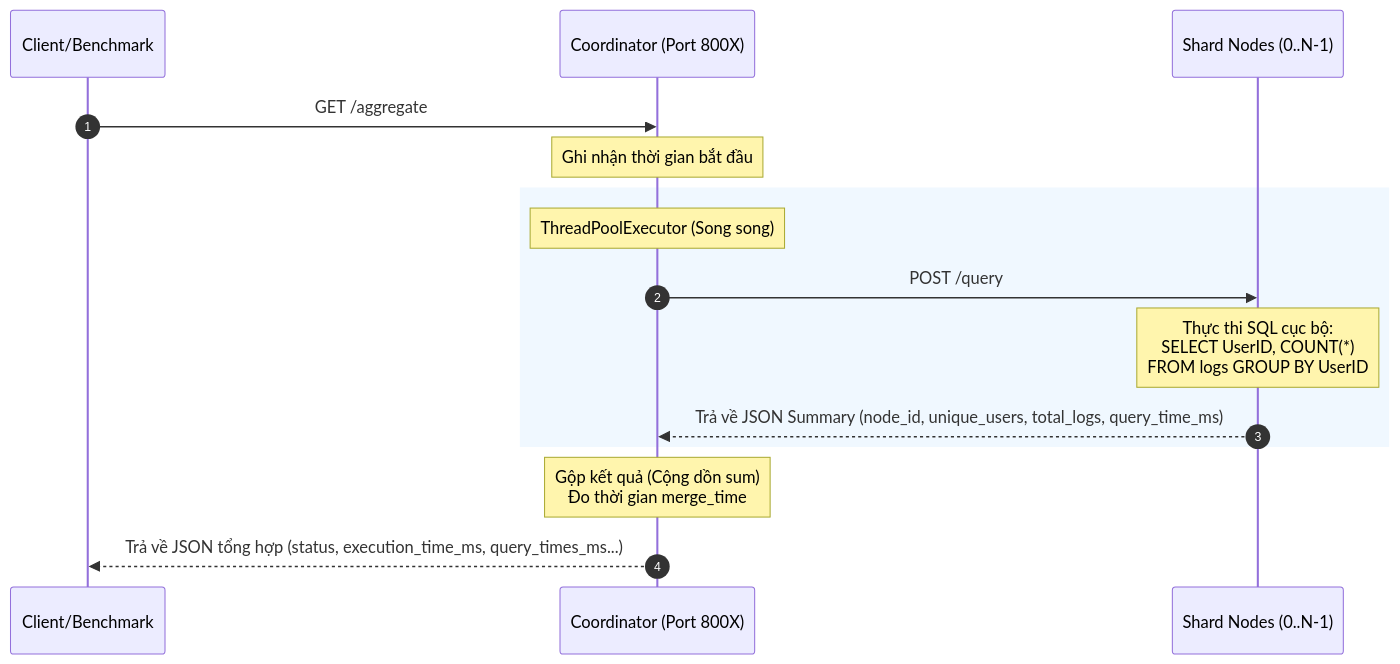
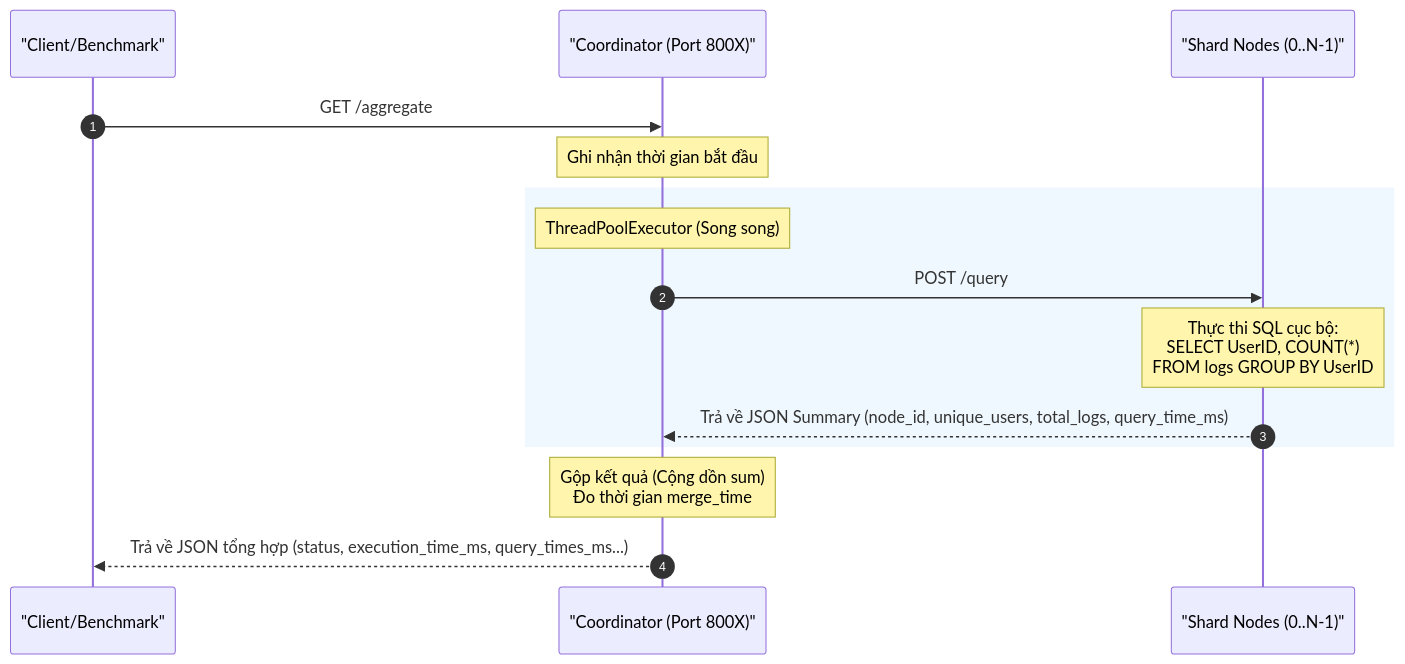
One commit to TuIT-198/Distributed-Database changed the second of 2 diagrams in README.md. Above: the diagram before and after it, drawn with Mermaid. The commit also changed other lines of this file, not shown here.

Commit message:
docs: fix mermaid syntax rendering error in README.md

````diff
--- a/README.md
+++ b/README.md
@@ -83,18 +83,18 @@
 ```mermaid
 sequenceDiagram
     autonumber
-    participant Client as Client/Benchmark
-    participant Coord as Coordinator (Port 800X)
-    participant Nodes as Shard Nodes (0..N-1)
+    participant Client as "Client/Benchmark"
+    participant Coord as "Coordinator (Port 800X)"
+    participant Nodes as "Shard Nodes (0..N-1)"
 
     Client->>Coord: GET /aggregate
     Note over Coord: Ghi nhận thời gian bắt đầu
     rect rgb(240, 248, 255)
         Note over Coord: ThreadPoolExecutor (Song song)
         Coord->>Nodes: POST /query
         Note over Nodes: Thực thi SQL cục bộ:<br/>SELECT UserID, COUNT(*)<br/>FROM logs GROUP BY UserID
         Nodes-->>Coord: Trả về JSON Summary (node_id, unique_users, total_logs, query_time_ms)
     end
     Note over Coord: Gộp kết quả (Cộng dồn sum)<br/>Đo thời gian merge_time
     Coord-->>Client: Trả về JSON tổng hợp (status, execution_time_ms, query_times_ms...)
 ```
````
